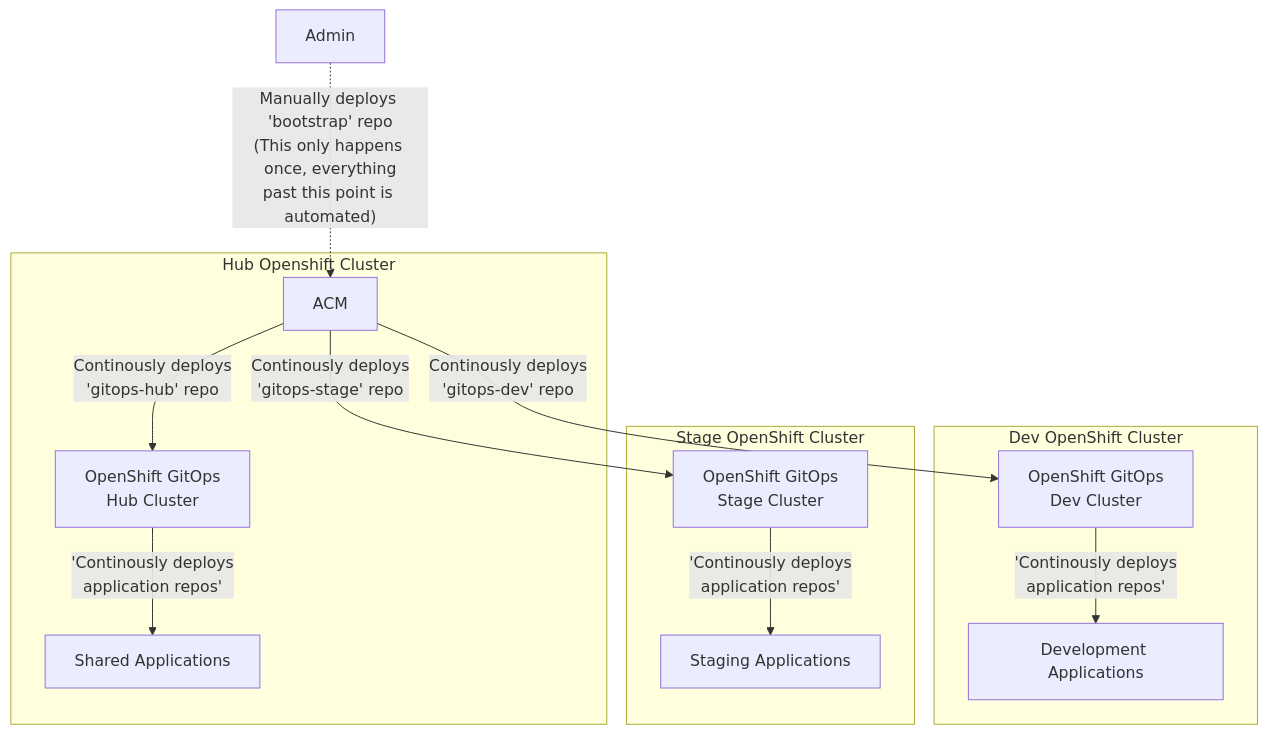
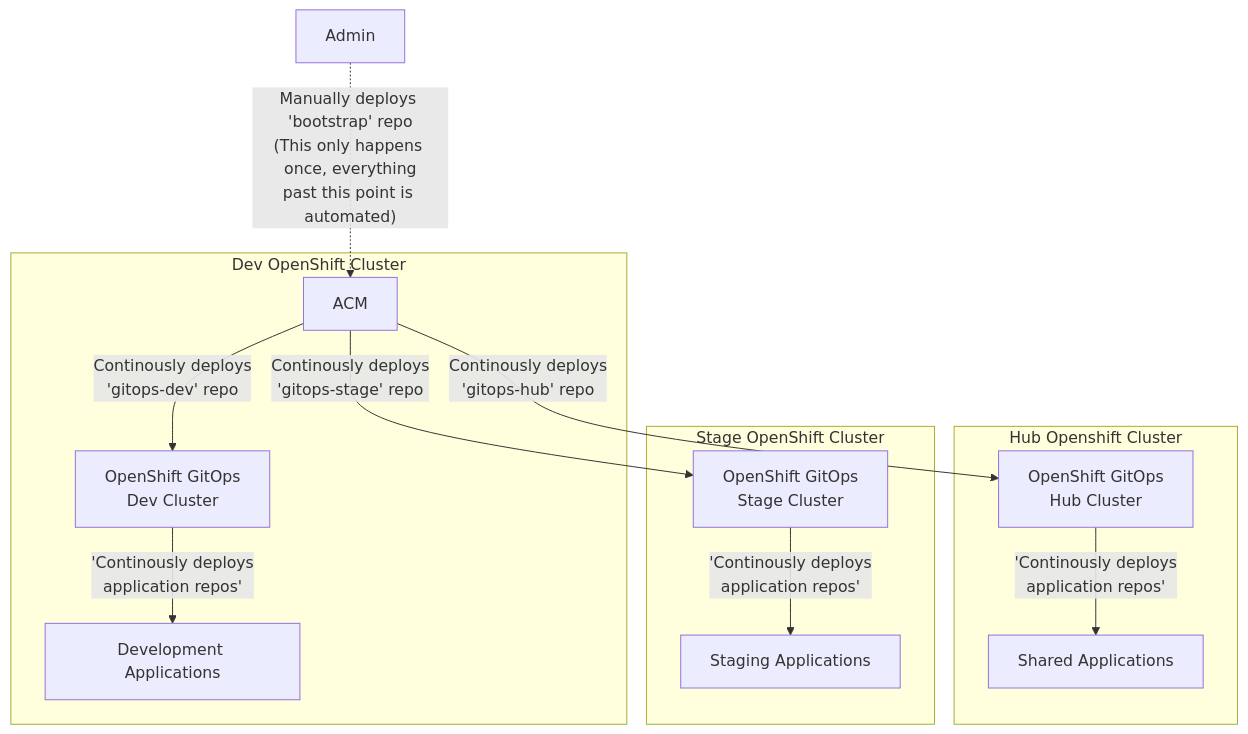
The second of 2 diagrams in profile/README.md (hello-world-gitops/.github), drawn with Mermaid before and after one commit.

Commit message:
Reorder diagram to see if anything changes

````diff
--- a/profile/README.md
+++ b/profile/README.md
@@ -38,29 +38,30 @@
 ```mermaid
 graph TD
         Admin -. "Manually deploys 'bootstrap' repo<br />(This only happens once, everything<br />past this point is automated)" .-> ACM
+
+        subgraph dev [Dev OpenShift Cluster]
+        GitOpsDev["OpenShift GitOps<br />Dev Cluster"]
+        DevApplications["Development Applications"]
+
+        ACM -- "Continously deploys<br />'gitops-dev' repo" --> GitOpsDev
+        GitOpsDev -- 'Continously deploys<br />application repos' --> DevApplications
+        end
+
 
         subgraph hub [Hub Openshift Cluster]
         ACM
         GitOpsHub["OpenShift GitOps<br />Hub Cluster"]
         SharedApplications["Shared Applications"]
 
         ACM -- "Continously deploys<br />'gitops-hub' repo" --> GitOpsHub
         GitOpsHub -- 'Continously deploys<br />application repos' --> SharedApplications
         end
 
-        subgraph dev [Dev OpenShift Cluster]
-        GitOpsDev["OpenShift GitOps<br />Dev Cluster"]
-        DevApplications["Development Applications"]
-
-        ACM -- "Continously deploys<br />'gitops-dev' repo" --> GitOpsDev
-        GitOpsDev -- 'Continously deploys<br />application repos' --> DevApplications
-        end
-
         subgraph stage [Stage OpenShift Cluster]
         GitOpsStage["OpenShift GitOps<br />Stage Cluster"]
         StageApplications["Staging Applications"]
 
         ACM -- "Continously deploys<br />'gitops-stage' repo" --> GitOpsStage
         GitOpsStage -- 'Continously deploys<br />application repos' --> StageApplications
         end
 ```
````
